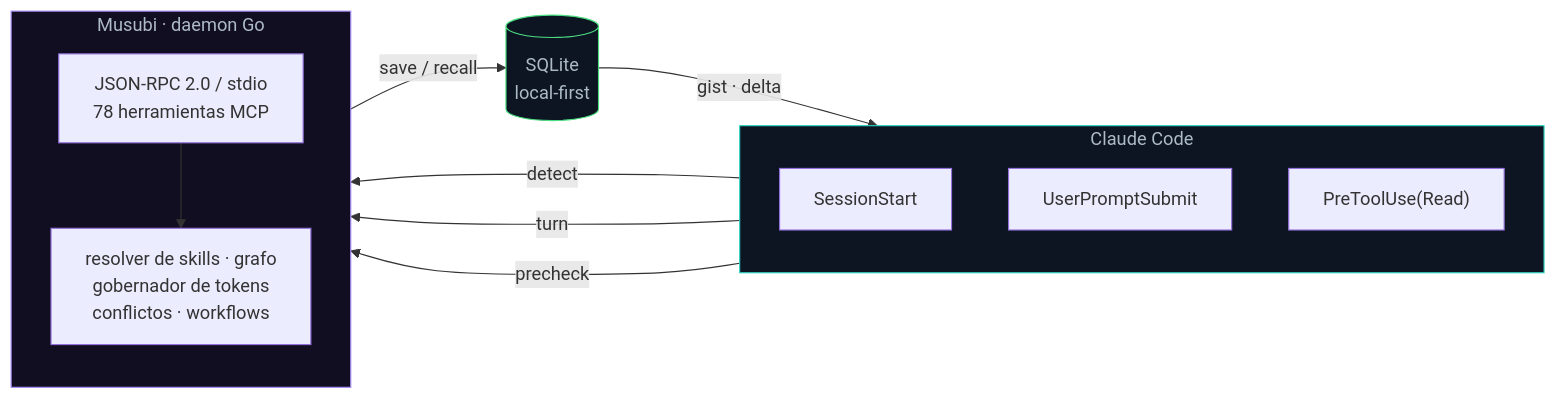
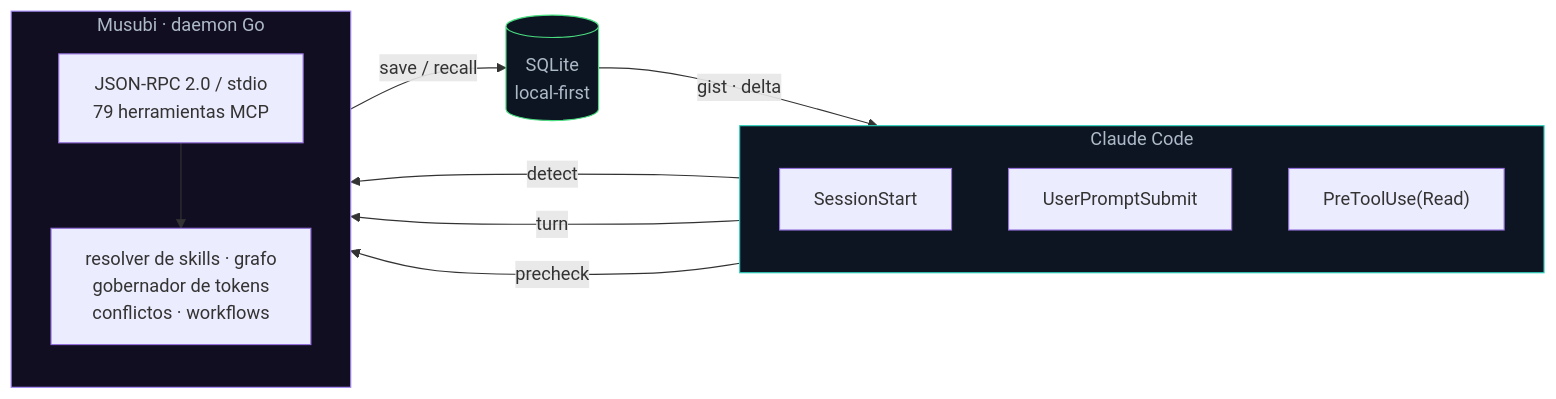
The first of 3 diagrams in README.md (codeabraham16/musubi), drawn with Mermaid before and after one commit. The commit also changed other lines of this file and 13 other files, not shown here.

````diff
--- a/README.md
+++ b/README.md
@@ -68,27 +68,27 @@
 ```mermaid
 flowchart LR
     subgraph CC["Claude Code"]
         direction TB
         H1["SessionStart"]
         H2["UserPromptSubmit"]
         H3["PreToolUse(Read)"]
     end
     subgraph M["Musubi · daemon Go"]
         direction TB
-        RPC["JSON-RPC 2.0 / stdio<br/>78 herramientas MCP"]
+        RPC["JSON-RPC 2.0 / stdio<br/>79 herramientas MCP"]
         COG["resolver de skills · grafo<br/>gobernador de tokens<br/>conflictos · workflows"]
     end
     DB[("SQLite<br/>local-first")]
 
     H1 -- "detect" --> RPC
     H2 -- "turn" --> RPC
     H3 -- "precheck" --> RPC
     RPC --> COG
     COG -- "save / recall" --> DB
     DB -- "gist · delta" --> CC
 
     classDef cc fill:#0d1422,stroke:#2dd4bf,color:#adbac7;
     classDef mm fill:#120e22,stroke:#a78bfa,color:#adbac7;
     classDef db fill:#0d1422,stroke:#4ade80,color:#adbac7;
     class CC cc; class M mm; class DB db;
 ```
````
